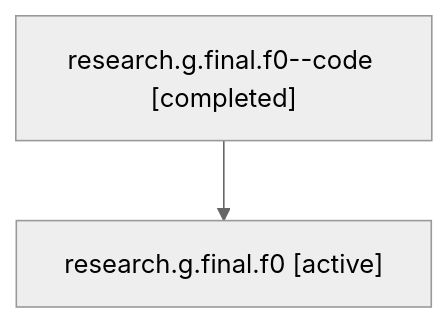
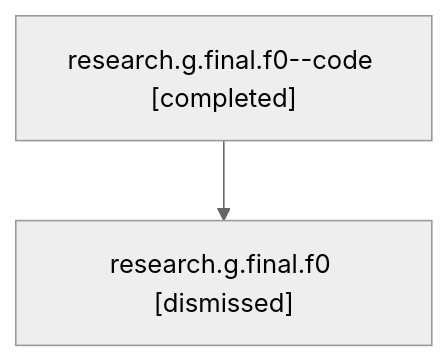
The diagram in sessions/bbugyi200.athena.research.g.final.f0.md (sase-org/sase--agents), drawn with Mermaid (neutral theme) before and after one commit. The commit also changed other lines of this file and 1351 other files, not shown here.

````diff
--- a/sessions/bbugyi200.athena.research.g.final.f0.md
+++ b/sessions/bbugyi200.athena.research.g.final.f0.md
@@ -9,6 +9,6 @@
 ```mermaid
 flowchart TD
   n0["research.g.final.f0--code [completed]"]
-  n1["research.g.final.f0 [active]"]
+  n1["research.g.final.f0 [dismissed]"]
   n0 --> n1
 ```
````
